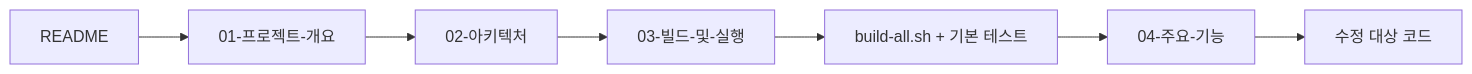
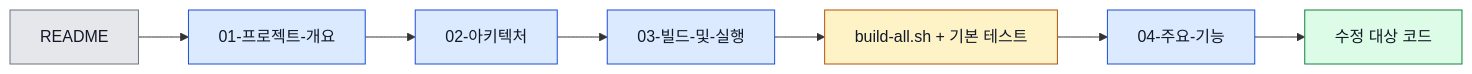
One commit to Jimmy-Jung/ai-symbiote changed the diagram in docs/00-시작하기.md. Above: the diagram before and after it, drawn with Mermaid. The commit also changed 10 other files, not shown here.

Commit message:
docs(mermaid): 다이어그램 대비 색상 개선

````diff
--- a/docs/00-시작하기.md
+++ b/docs/00-시작하기.md
@@ -21,9 +21,17 @@
 ```mermaid
 flowchart LR
     A["README"] --> B["01-프로젝트-개요"]
     B --> C["02-아키텍처"]
     C --> D["03-빌드-및-실행"]
     D --> E["build-all.sh + 기본 테스트"]
     E --> F["04-주요-기능"]
     F --> G["수정 대상 코드"]
+
+    style A fill:#e5e7eb,stroke:#6b7280,color:#111827
+    style B fill:#dbeafe,stroke:#1d4ed8,color:#111827
+    style C fill:#dbeafe,stroke:#1d4ed8,color:#111827
+    style D fill:#dbeafe,stroke:#1d4ed8,color:#111827
+    style E fill:#fef3c7,stroke:#b45309,color:#111827
+    style F fill:#dbeafe,stroke:#1d4ed8,color:#111827
+    style G fill:#dcfce7,stroke:#15803d,color:#111827
 ```
````
